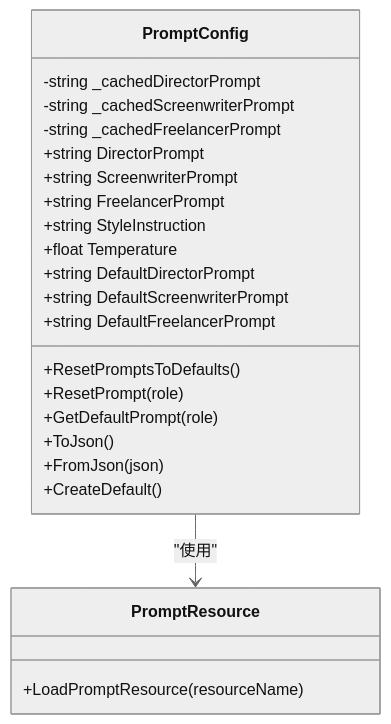
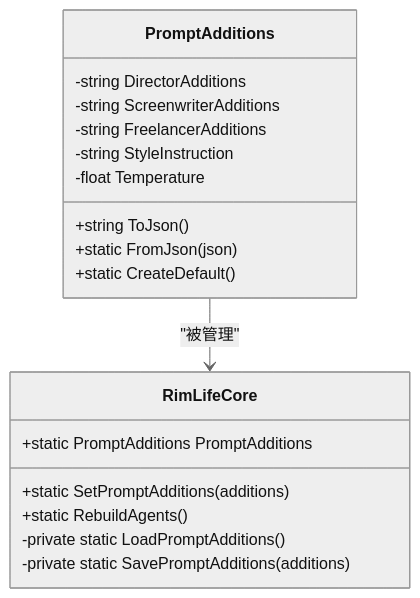
The third of 10 diagrams in .qoder/repowiki/zh/content/LLM 集成系统/提示词管理系统.md (suzvka/RimLife), drawn with Mermaid (neutral theme) before and after one commit. The commit also changed other lines of this file and 32 other files, not shown here.

````diff
--- a/.qoder/repowiki/zh/content/LLM 集成系统/提示词管理系统.md
+++ b/.qoder/repowiki/zh/content/LLM 集成系统/提示词管理系统.md
@@ -144,26 +170,21 @@
 ```mermaid
 classDiagram
-class PromptConfig {
--string _cachedDirectorPrompt
--string _cachedScreenwriterPrompt
--string _cachedFreelancerPrompt
-+string DirectorPrompt
-+string ScreenwriterPrompt
-+string FreelancerPrompt
-+string StyleInstruction
-+float Temperature
-+string DefaultDirectorPrompt
-+string DefaultScreenwriterPrompt
-+string DefaultFreelancerPrompt
-+ResetPromptsToDefaults()
-+ResetPrompt(role)
-+GetDefaultPrompt(role)
-+ToJson()
-+FromJson(json)
-+CreateDefault()
+class PromptAdditions {
+-string DirectorAdditions
+-string ScreenwriterAdditions
+-string FreelancerAdditions
+-string StyleInstruction
+-float Temperature
++string ToJson()
++static FromJson(json)
++static CreateDefault()
 }
-class PromptResource {
-+LoadPromptResource(resourceName)
+class RimLifeCore {
++static PromptAdditions PromptAdditions
++static SetPromptAdditions(additions)
++static RebuildAgents()
+-private static LoadPromptAdditions()
+-private static SavePromptAdditions(additions)
 }
-PromptConfig --> PromptResource : "使用"
+PromptAdditions --> RimLifeCore : "被管理"
 ```
````
